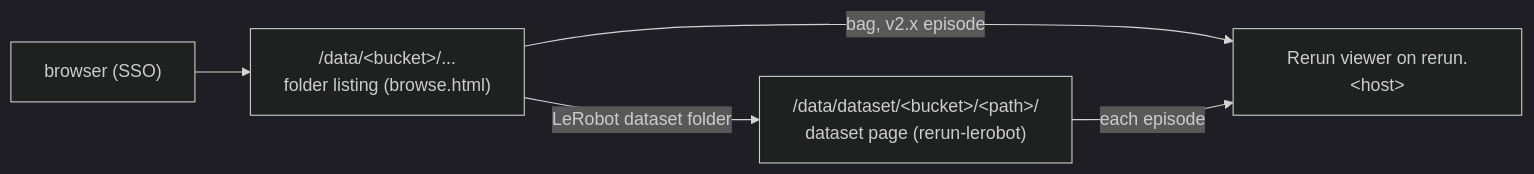
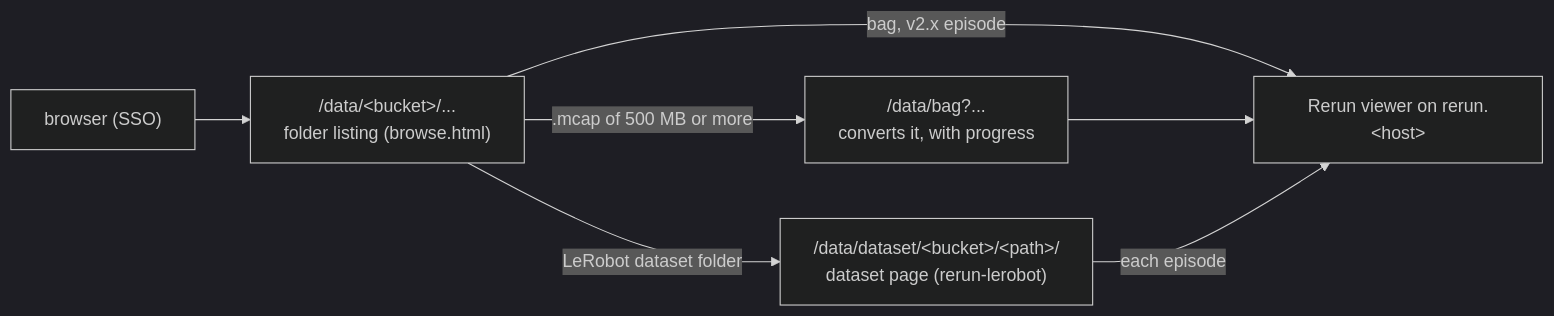
One commit to cnboonhan/data-flywheel changed the diagram in services/browse/README.md. Above: the diagram before and after it, drawn with Mermaid (dark theme). The commit also changed other lines of this file and 6 other files, not shown here.

````diff
--- a/services/browse/README.md
+++ b/services/browse/README.md
@@ -5,7 +5,8 @@
 ```mermaid
 flowchart LR
   U["browser (SSO)"] --> L["/data/&lt;bucket&gt;/... <br/>folder listing (browse.html)"]
   L -->|"LeRobot dataset folder"| D["/data/dataset/&lt;bucket&gt;/&lt;path&gt;/<br/>dataset page (rerun-lerobot)"]
   L -->|"bag, v2.x episode"| V["Rerun viewer on rerun.&lt;host&gt;"]
+  L -->|".mcap of 500 MB or more"| B["/data/bag?...<br/>converts it, with progress"] --> V
   D -->|"each episode"| V
 ```
````
